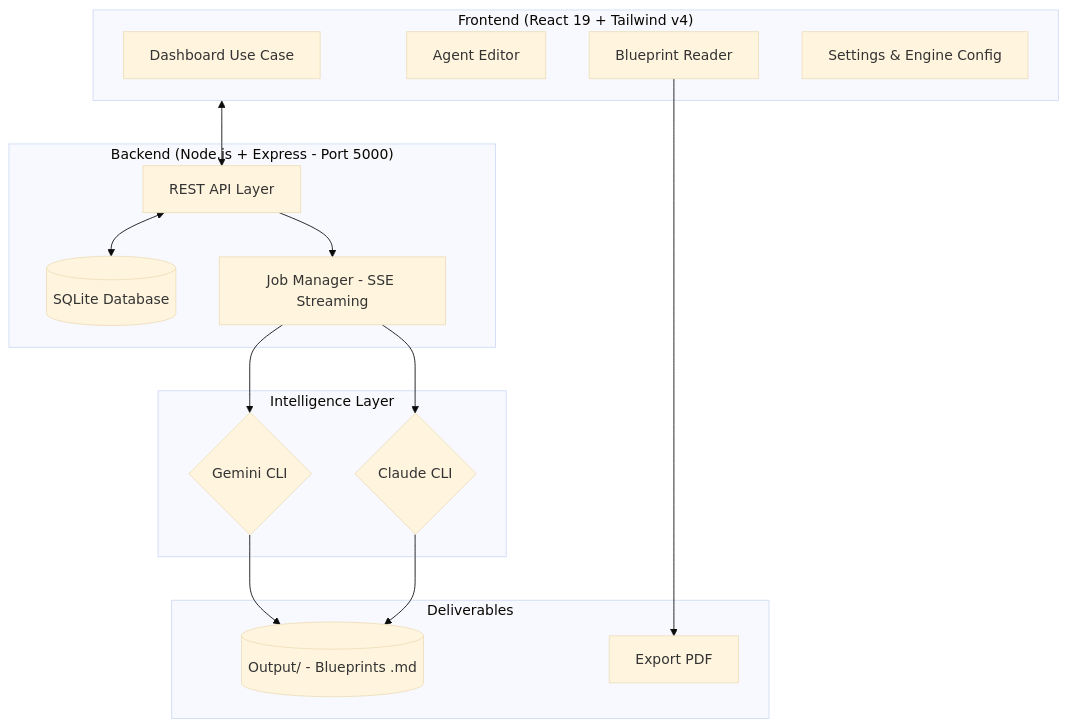
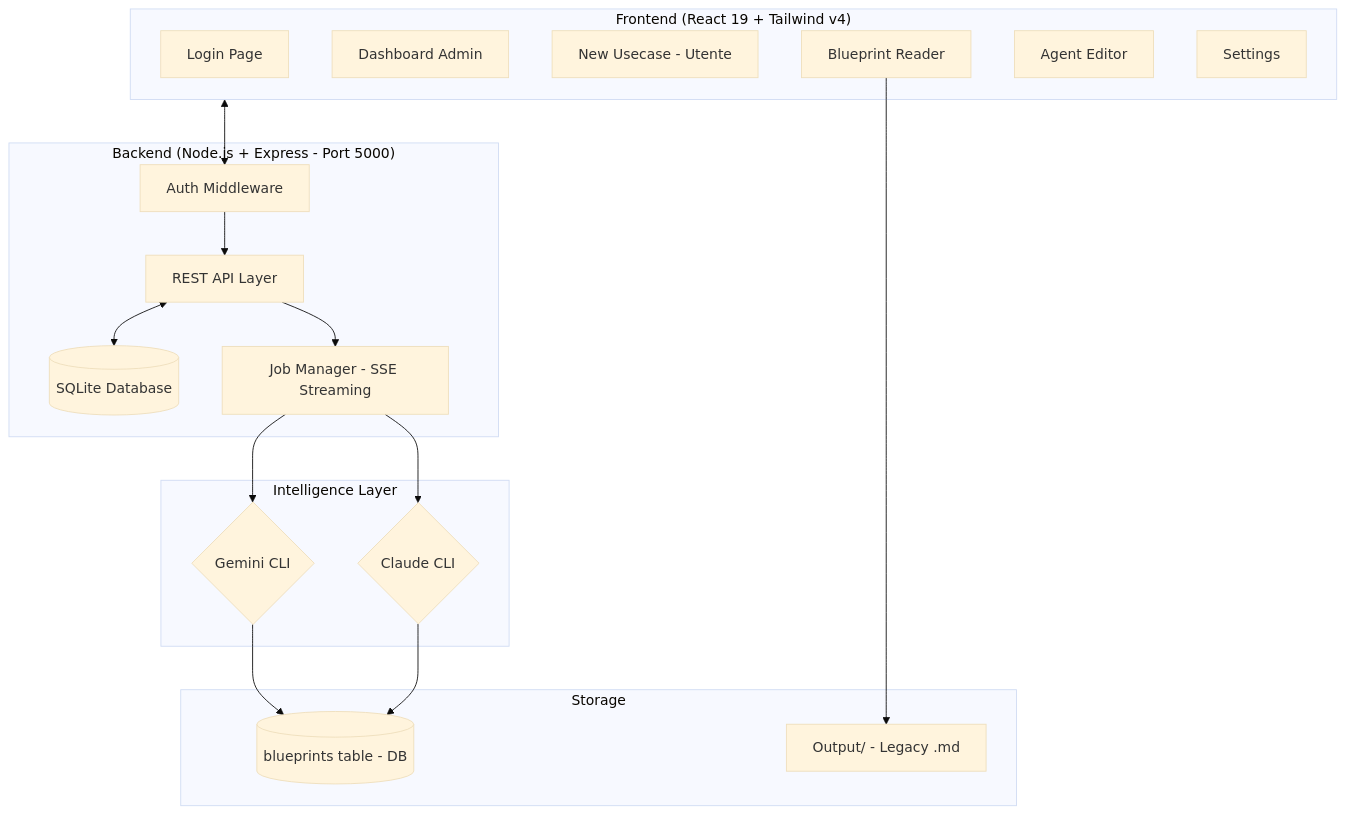
The diagram in README.md (carmelobattiato/Generatore-Blueprint-GenAI), drawn with Mermaid (base theme) before and after one commit. The commit also changed other lines of this file and 7 other files, not shown here.

````diff
--- a/README.md
+++ b/README.md
@@ -18,34 +20,38 @@
 ```mermaid
 flowchart TD
     subgraph Client ["Frontend (React 19 + Tailwind v4)"]
-        A[Dashboard Use Case]
-        B[Agent Editor]
-        C[Blueprint Reader]
-        D[Settings & Engine Config]
+        A[Login Page]
+        B[Dashboard Admin]
+        C[New Usecase - Utente]
+        D[Blueprint Reader]
+        E[Agent Editor]
+        F[Settings]
     end
 
     subgraph Server ["Backend (Node.js + Express - Port 5000)"]
-        E[REST API Layer]
-        F[(SQLite Database)]
-        G[Job Manager - SSE Streaming]
+        G[REST API Layer]
+        H[(SQLite Database)]
+        I[Job Manager - SSE Streaming]
+        J[Auth Middleware]
     end
 
     subgraph AI_Engine ["Intelligence Layer"]
-        H{Gemini CLI}
-        I{Claude CLI}
+        K{Gemini CLI}
+        L{Claude CLI}
     end
 
-    subgraph Output ["Deliverables"]
-        J[(Output/ - Blueprints .md)]
-        K[Export PDF]
+    subgraph Storage ["Storage"]
+        M[(blueprints table - DB)]
+        N[Output/ - Legacy .md]
     end
 
-    Client <--> E
-    E <--> F
-    E --> G
-    G --> H
+    Client <--> J
+    J --> G
+    G <--> H
     G --> I
-    H --> J
-    I --> J
-    C --> K
+    I --> K
+    I --> L
+    K --> M
+    L --> M
+    D --> N
 ```
````
